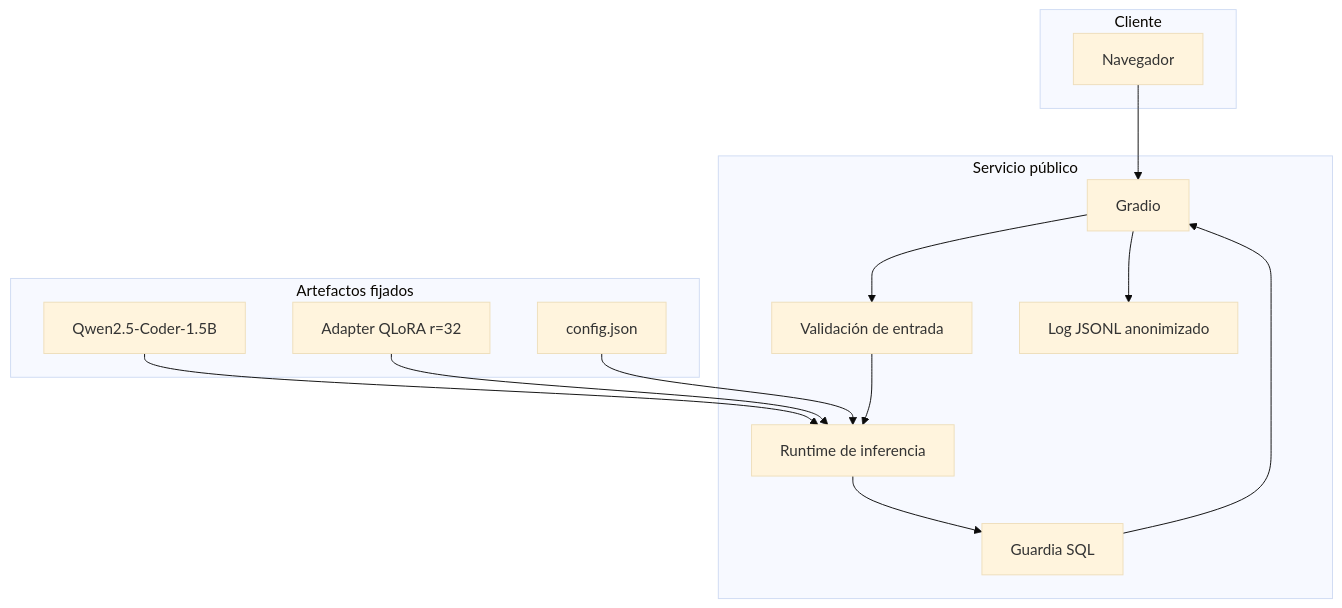
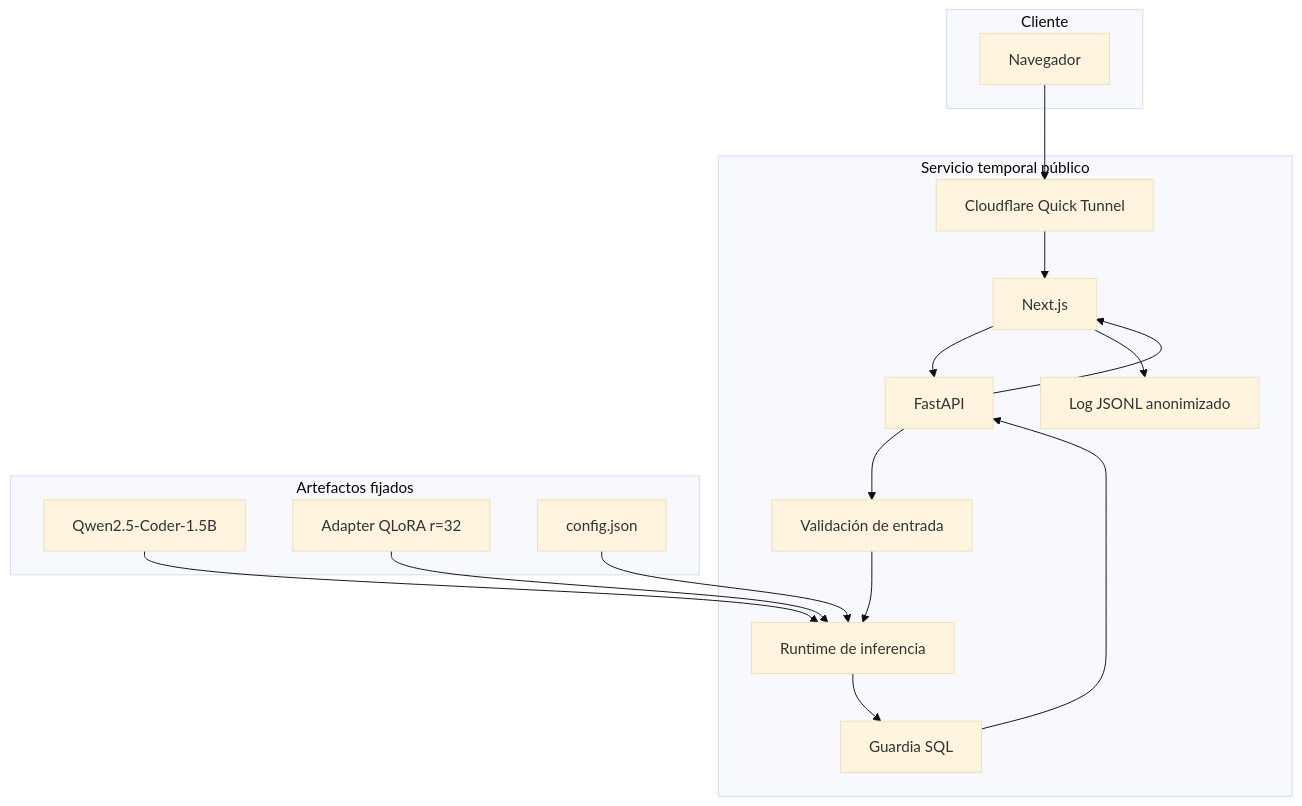
The diagram in docs/ARQUITECTURA.md (DanielBarillasM/Proyecto-Final_Grupo-1_DLYSI_Sec-30), drawn with Mermaid (base theme) before and after one commit. The commit also changed other lines of this file and 19 other files, not shown here.

````diff
--- a/docs/ARQUITECTURA.md
+++ b/docs/ARQUITECTURA.md
@@ -15,23 +16,25 @@
 ```mermaid
 flowchart TB
     subgraph Cliente
       B[Navegador]
     end
-    subgraph Servicio público
-      UI[Gradio]
+    subgraph Servicio temporal público
+      CF[Cloudflare Quick Tunnel]
+      UI[Next.js]
+      API[FastAPI]
       IV[Validación de entrada]
       RT[Runtime de inferencia]
       SG[Guardia SQL]
       LG[Log JSONL anonimizado]
     end
     subgraph Artefactos fijados
       BM[Qwen2.5-Coder-1.5B]
       AD[Adapter QLoRA r=32]
-      CF[config.json]
+      CFG[config.json]
     end
-    B --> UI --> IV --> RT --> SG --> UI
+    B --> CF --> UI --> API --> IV --> RT --> SG --> API --> UI
     UI --> LG
     BM --> RT
     AD --> RT
-    CF --> RT
+    CFG --> RT
 ```
````
